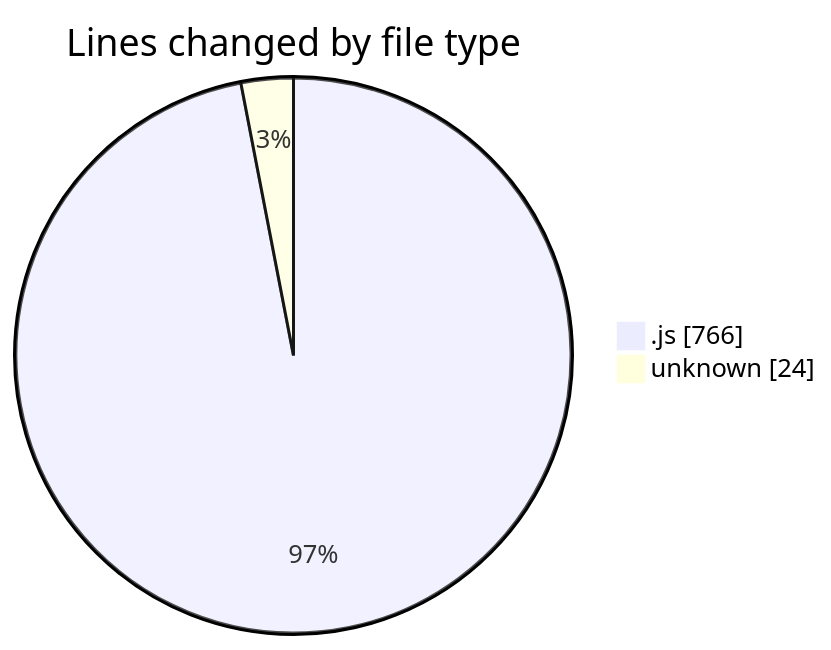
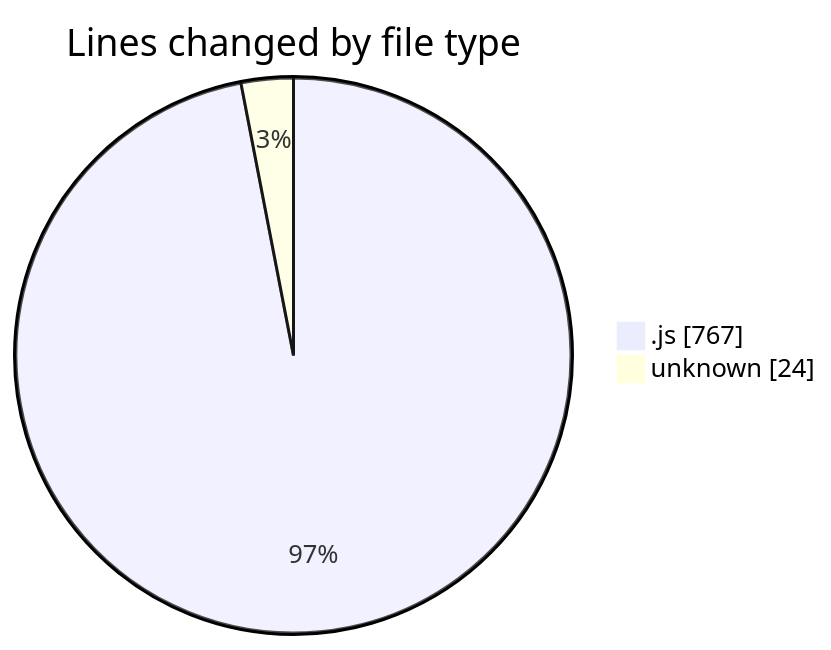
Before and after one commit to momahboobian/code-tracking: the first of 2 diagrams in 2025-02-03/cda/README.md, drawn with Mermaid. The commit also changed other lines of this file and 1 other file, not shown here.

````diff
--- a/2025-02-03/cda/README.md
+++ b/2025-02-03/cda/README.md
@@ -24,6 +24,6 @@
 ```mermaid
 pie showData
 title Lines changed by file type
-".js" : 766
+".js" : 767
 "unknown" : 24
 ```
````
